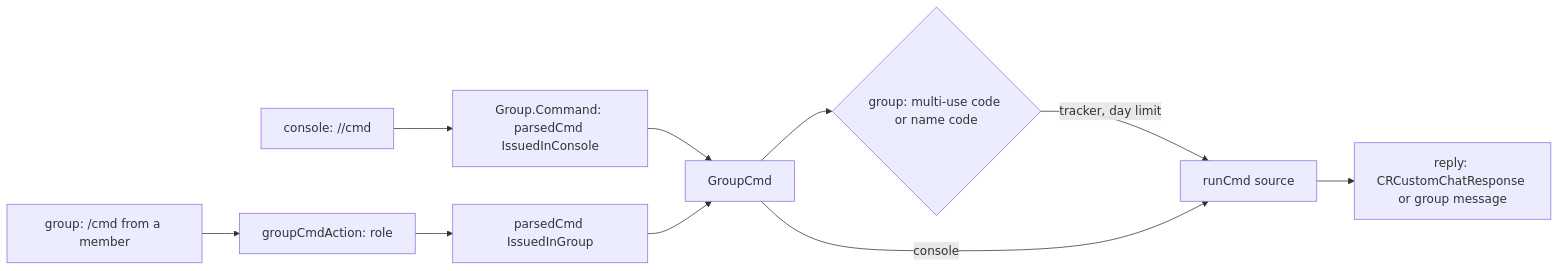
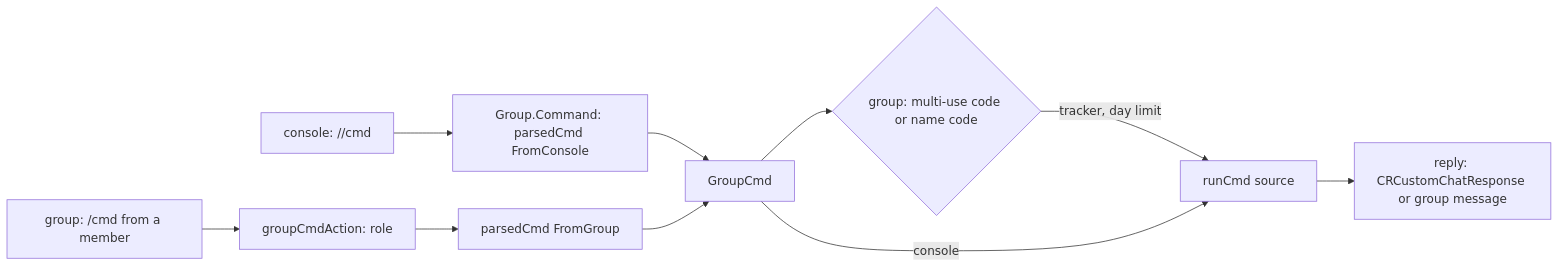
Before and after one commit to simplex-chat/simplex-chat: the first of 2 diagrams in plans/2026-11-16-names-review-fixes-a4.md, drawn with Mermaid. The commit also changed other lines of this file and 9 other files, not shown here.

Commit message:
store: type every command's origin and the stored issuer by CmdSource

````diff
--- a/plans/2026-11-16-names-review-fixes-a4.md
+++ b/plans/2026-11-16-names-review-fixes-a4.md
@@ -66,11 +66,11 @@
 ```mermaid
 flowchart LR
-  C["console: //cmd"] --> P["Group.Command: parsedCmd IssuedInConsole"]
-  G["group: /cmd from a member"] --> R["groupCmdAction: role"] --> P2["parsedCmd IssuedInGroup"]
+  C["console: //cmd"] --> P["Group.Command: parsedCmd FromConsole"]
+  G["group: /cmd from a member"] --> R["groupCmdAction: role"] --> P2["parsedCmd FromGroup"]
   P --> S[GroupCmd]
   P2 --> S
   S --> T{"group: multi-use code or name code"}
   T -- tracker, day limit --> D["runCmd source"]
   S -- console --> D
   D --> A["reply: CRCustomChatResponse or group message"]
 ```
````
